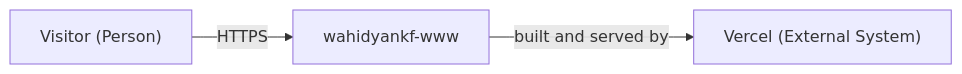
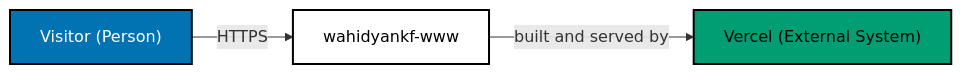
Before and after one commit to wahidyankf/grind-in-public: the first of 3 diagrams in specs/apps/wahidyankf-www/architecture.md, drawn with Mermaid. The commit also changed other lines of this file and 22 other files, not shown here.

First line of the commit message:
docs: use accessible palette in mermaid diagrams

````diff
--- a/specs/apps/wahidyankf-www/architecture.md
+++ b/specs/apps/wahidyankf-www/architecture.md
@@ -33,9 +33,15 @@
 ```mermaid
 flowchart LR
   accTitle: System context of wahidyankf-www
   accDescr {
     A visitor browses the static site over HTTPS. Vercel builds the site from main and serves it.
   }
   V["Visitor (Person)"] -->|HTTPS| W["wahidyankf-www"]
   W -->|built and served by| VC["Vercel (External System)"]
+  classDef default fill:#FFFFFF,stroke:#000000,color:#000000,stroke-width:2px
+  classDef blue fill:#0173B2,stroke:#000000,color:#FFFFFF,stroke-width:2px
+  classDef orange fill:#DE8F05,stroke:#000000,color:#000000,stroke-width:2px
+  classDef teal fill:#029E73,stroke:#000000,color:#000000,stroke-width:2px
+  class V blue
+  class VC teal
 ```
````
